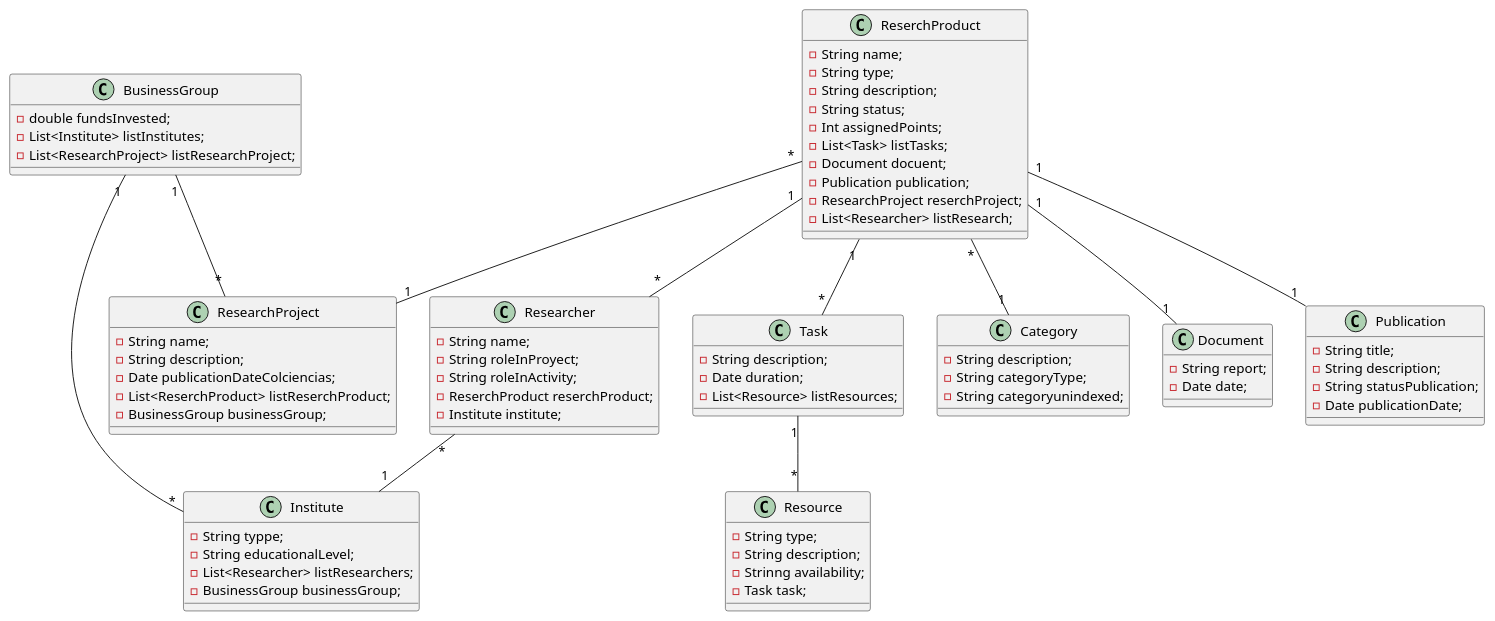
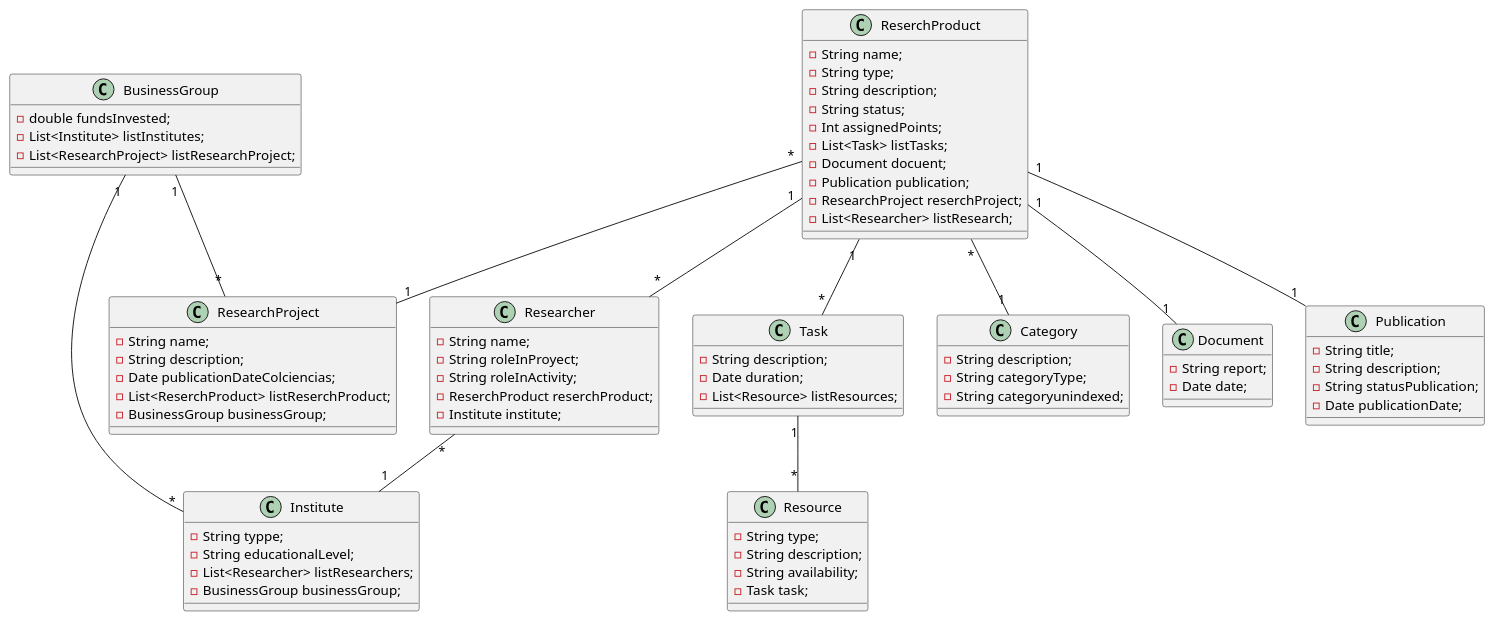
The diagram in diagrama.plantuml (Juan-J-Barraza/educacion_java), drawn with PlantUML before and after one commit. The commit also changed 10 other files, not shown here.

```diff
--- a/diagrama.plantuml
+++ b/diagrama.plantuml
@@ -1,96 +1,96 @@
 @startuml "ejercicio 30"
 
 class Institute{
     - String typpe;
     - String educationalLevel;
     - List<Researcher> listResearchers;
     - BusinessGroup businessGroup;
 }
 
 
 class BusinessGroup {
     - double fundsInvested;
     - List<Institute> listInstitutes;
     - List<ResearchProject> listResearchProject;
 }
 
 class ResearchProject {
     - String name;
     - String description;
     - Date publicationDateColciencias;
     - List<ReserchProduct> listReserchProduct;
     - BusinessGroup businessGroup;
 }
 
 class ReserchProduct {
     - String name;
     - String type;
     - String description;
     - String status;
     - Int assignedPoints;
     - List<Task> listTasks;
     - Document docuent;
     - Publication publication;
     - ResearchProject reserchProject;
     - List<Researcher> listResearch;
 
 }
 
 class Researcher {
     - String name;
     - String roleInProyect;
     - String roleInActivity;
     - ReserchProduct reserchProduct;
     - Institute institute;
 
 }
 
 class Task {
     - String description;
     - Date duration;
     - List<Resource> listResources;
 }
 
 class Resource {
     - String type;
     - String description;
-    - Strinng availability;
+    - String availability;
     - Task task;
 
 }
 
 class Category {
     - String description;
     - String categoryType;
     - String categoryunindexed;
 }
 
 class Document {
     - String report;
     - Date date;
 }
 
 class Publication {
     - String title;
     - String description;
     - String statusPublication;
     - Date publicationDate;
 }
 
 
 
 
 Task "1" -- "*" Resource
 ReserchProduct "1" -- "*" Task
 ReserchProduct "1" -- "1" Document
 ReserchProduct "*" -- "1" Category
 ReserchProduct "1" -- "1" Publication
 ReserchProduct "*" -- "1" ResearchProject
 ReserchProduct "1" -- "*" Researcher
 Researcher "*" -- "1" Institute
 BusinessGroup "1" -- "*" Institute
 BusinessGroup "1" -- "*" ResearchProject
 
 
 
 @enduml
```
